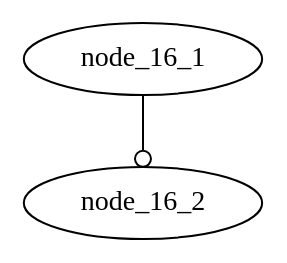
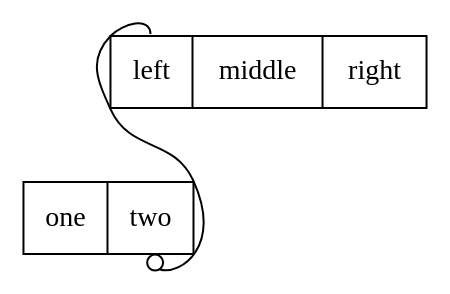
The diagram in data/16.gv (graphviz-perl/GraphViz2-Marpa), drawn with Graphviz before and after one commit. The commit also changed 31 other files, not shown here.

```diff
--- a/data/16.gv
+++ b/data/16.gv
@@ -1,4 +1,9 @@
 digraph graph_16
 {
-	node_16_1:port_16_1:n -> node_16_2:port_16_2:s [arrowhead = odot]
+	node [shape = record]
+
+	node_16_1 [label="<f0> left|<f1> middle|<f2> right"];
+	node_16_2 [label="<f0> one|<f1> two"];
+
+	node_16_1:f0:n -> node_16_2:f1:s [arrowhead = odot]
 }
```
